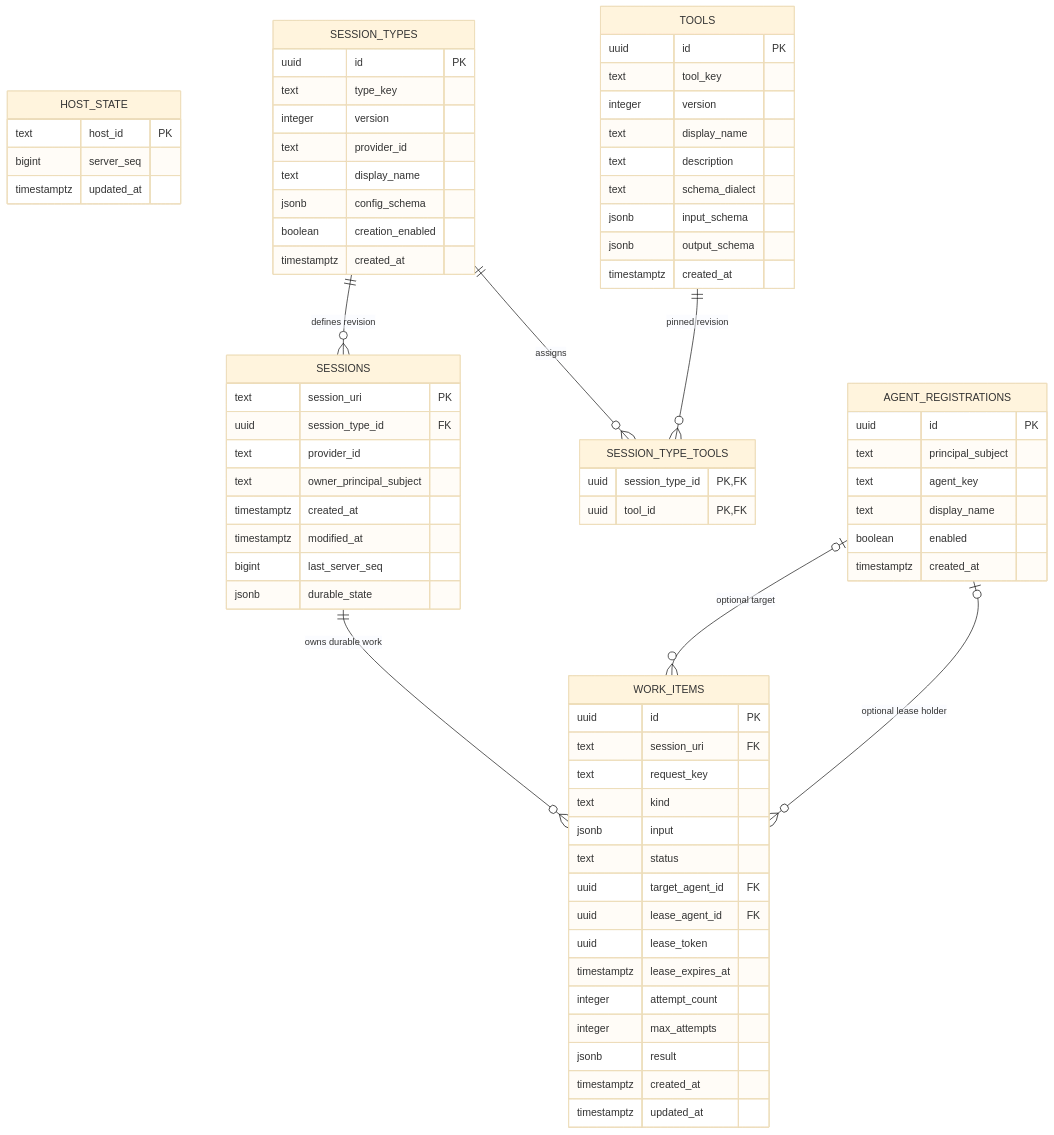
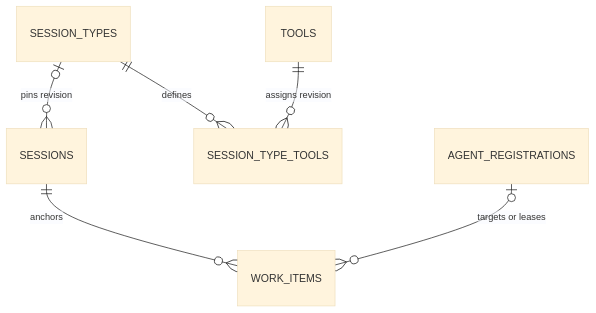
The diagram in database/M2_AGENT_WORK_DATABASE_SCHEMA.md (spore310/AHP), drawn with Mermaid (base theme) before and after one commit. The commit also changed other lines of this file and 342 other files, not shown here.

````diff
--- a/database/M2_AGENT_WORK_DATABASE_SCHEMA.md
+++ b/database/M2_AGENT_WORK_DATABASE_SCHEMA.md
@@ -14,81 +10,9 @@
 ```mermaid
 erDiagram
-    HOST_STATE {
-        text host_id PK
-        bigint server_seq
-        timestamptz updated_at
-    }
-
-    SESSION_TYPES {
-        uuid id PK
-        text type_key
-        integer version
-        text provider_id
-        text display_name
-        jsonb config_schema
-        boolean creation_enabled
-        timestamptz created_at
-    }
-
-    TOOLS {
-        uuid id PK
-        text tool_key
-        integer version
-        text display_name
-        text description
-        text schema_dialect
-        jsonb input_schema
-        jsonb output_schema
-        timestamptz created_at
-    }
-
-    SESSIONS {
-        text session_uri PK
-        uuid session_type_id FK
-        text provider_id
-        text owner_principal_subject
-        timestamptz created_at
-        timestamptz modified_at
-        bigint last_server_seq
-        jsonb durable_state
-    }
-
-    SESSION_TYPE_TOOLS {
-        uuid session_type_id PK, FK
-        uuid tool_id PK, FK
-    }
-
-    AGENT_REGISTRATIONS {
-        uuid id PK
-        text principal_subject
-        text agent_key
-        text display_name
-        boolean enabled
-        timestamptz created_at
-    }
-
-    WORK_ITEMS {
-        uuid id PK
-        text session_uri FK
-        text request_key
-        text kind
-        jsonb input
-        text status
-        uuid target_agent_id FK
-        uuid lease_agent_id FK
-        uuid lease_token
-        timestamptz lease_expires_at
-        integer attempt_count
-        integer max_attempts
-        jsonb result
-        timestamptz created_at
-        timestamptz updated_at
-    }
-
-    SESSION_TYPES ||--o{ SESSIONS : "defines revision"
-    SESSION_TYPES ||--o{ SESSION_TYPE_TOOLS : "assigns"
-    TOOLS ||--o{ SESSION_TYPE_TOOLS : "pinned revision"
-    SESSIONS ||--o{ WORK_ITEMS : "owns durable work"
-    AGENT_REGISTRATIONS o|--o{ WORK_ITEMS : "optional target"
-    AGENT_REGISTRATIONS o|--o{ WORK_ITEMS : "optional lease holder"
+    direction TB
+    SESSION_TYPES o|--o{ SESSIONS : "pins revision"
+    SESSION_TYPES ||--o{ SESSION_TYPE_TOOLS : "defines"
+    TOOLS ||--o{ SESSION_TYPE_TOOLS : "assigns revision"
+    SESSIONS ||--o{ WORK_ITEMS : "anchors"
+    AGENT_REGISTRATIONS o|--o{ WORK_ITEMS : "targets or leases"
 ```
````
